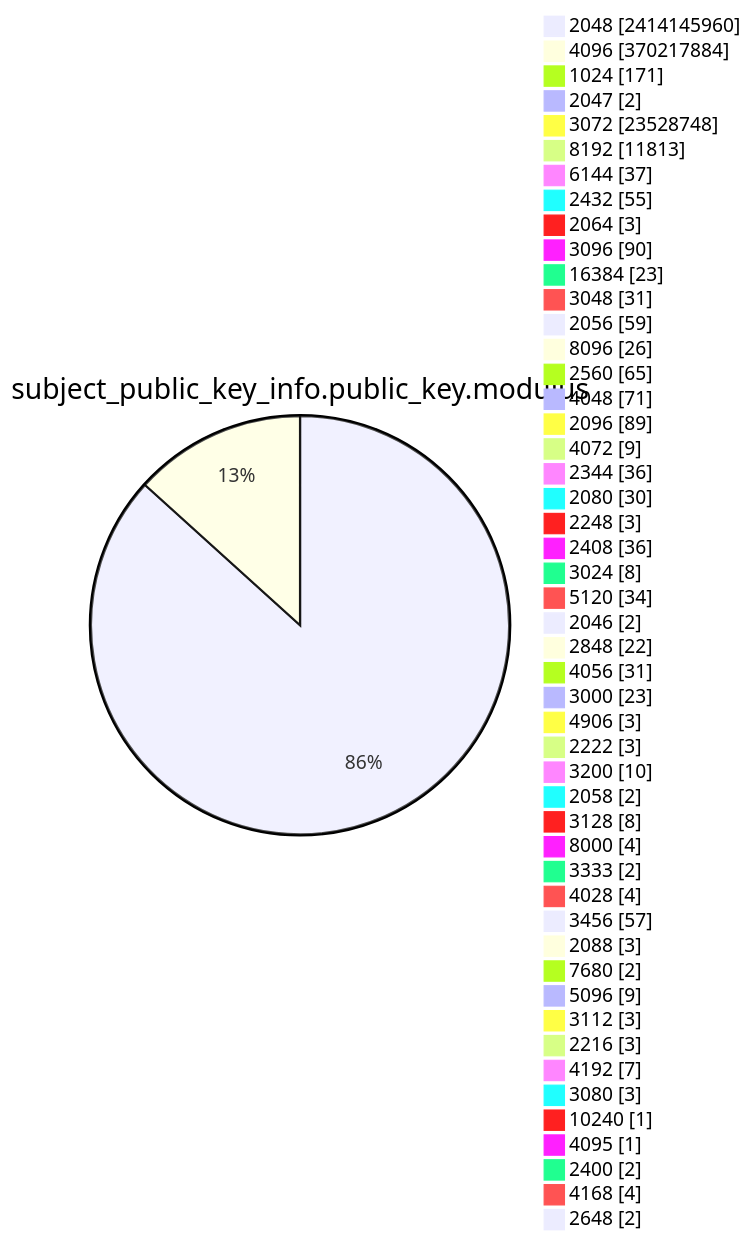
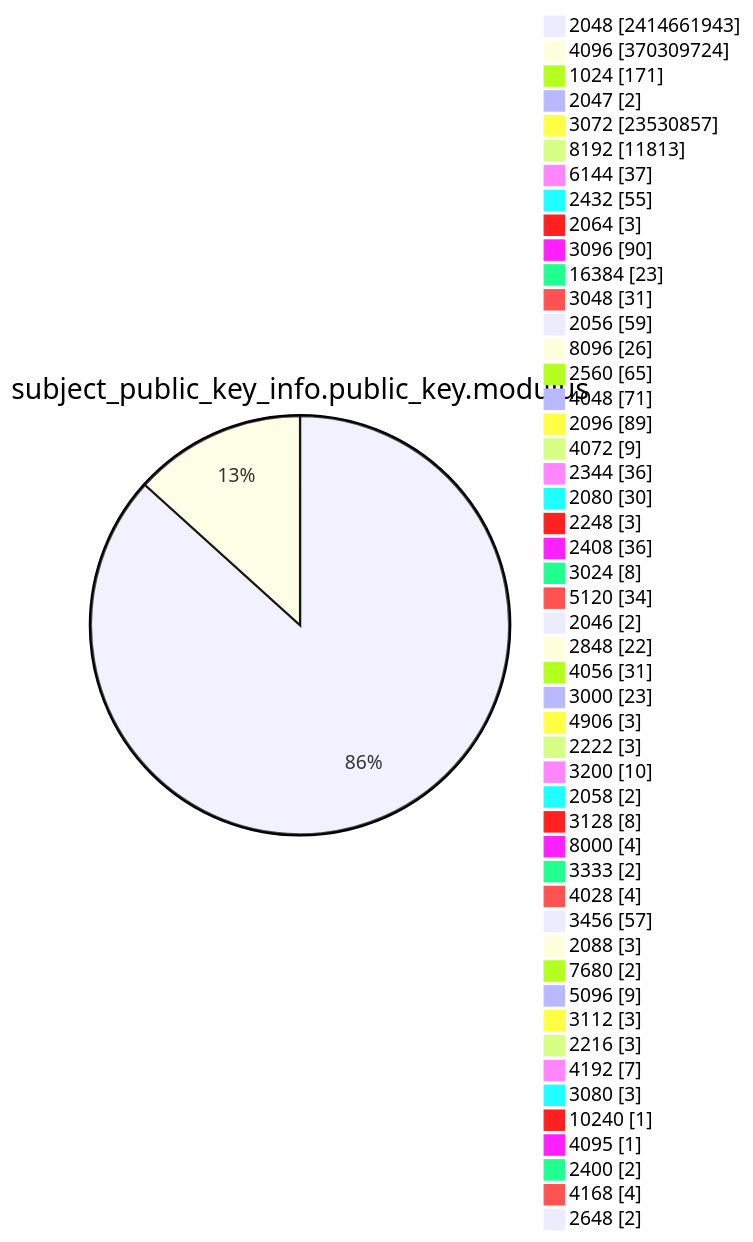
Diagram 13 of 15 in TOTAL/README.md (christiankrug/ctmonitor_visualization), drawn with Mermaid before and after one commit. The commit also changed other lines of this file, not shown here.

````diff
--- a/TOTAL/README.md
+++ b/TOTAL/README.md
@@ -4167,53 +4167,53 @@
 ```mermaid
 pie showData
 title subject_public_key_info.public_key.modulus
-"2048" :2414145960
-"4096" :370217884
+"2048" :2414661943
+"4096" :370309724
 "1024" :171
 "2047" :2
-"3072" :23528748
+"3072" :23530857
 "8192" :11813
 "6144" :37
 "2432" :55
 "2064" :3
 "3096" :90
 "16384" :23
 "3048" :31
 "2056" :59
 "8096" :26
 "2560" :65
 "4048" :71
 "2096" :89
 "4072" :9
 "2344" :36
 "2080" :30
 "2248" :3
 "2408" :36
 "3024" :8
 "5120" :34
 "2046" :2
 "2848" :22
 "4056" :31
 "3000" :23
 "4906" :3
 "2222" :3
 "3200" :10
 "2058" :2
 "3128" :8
 "8000" :4
 "3333" :2
 "4028" :4
 "3456" :57
 "2088" :3
 "7680" :2
 "5096" :9
 "3112" :3
 "2216" :3
 "4192" :7
 "3080" :3
 "10240" :1
 "4095" :1
 "2400" :2
 "4168" :4
 "2648" :2
 ```
````
